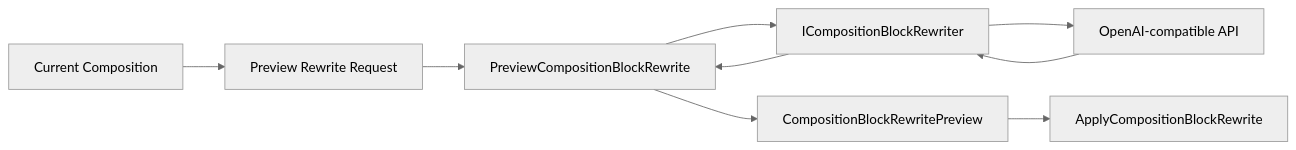
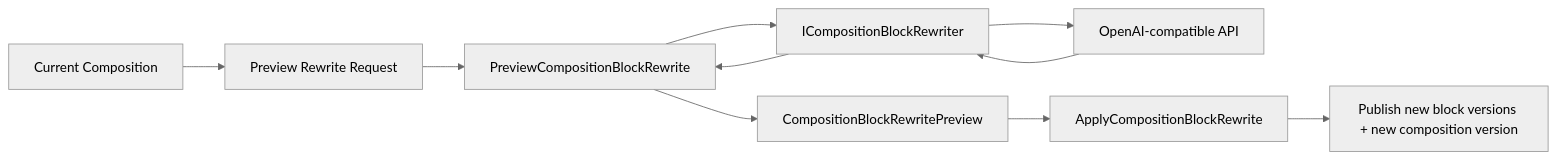
Before and after one commit to Artem535/TextFoundry: the diagram in doc/modules/ROOT/pages/project/functions/composition-rewrite/system-design.adoc, drawn with Mermaid (neutral theme). The commit also changed other lines of this file and 45 other files, not shown here.

```diff
--- a/doc/modules/ROOT/pages/project/functions/composition-rewrite/system-design.adoc
+++ b/doc/modules/ROOT/pages/project/functions/composition-rewrite/system-design.adoc
@@ -32,12 +34,13 @@
 [mermaid]
 ----
 flowchart LR
   Composition["Current Composition"] --> Preview["Preview Rewrite Request"]
   Preview --> Engine["PreviewCompositionBlockRewrite"]
   Engine --> Rewriter["ICompositionBlockRewriter"]
   Rewriter --> Provider["OpenAI-compatible API"]
   Provider --> Rewriter
   Rewriter --> Engine
   Engine --> Patch["CompositionBlockRewritePreview"]
   Patch --> Apply["ApplyCompositionBlockRewrite"]
+  Apply --> Publish["Publish new block versions + new composition version"]
 ----
```
